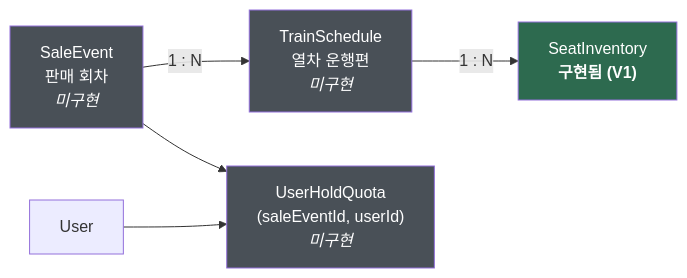
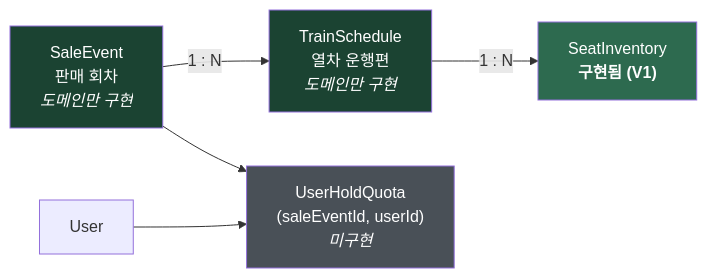
Before and after one commit to whdkfhr/rail-gate: the fourth of 4 diagrams in docs/ARCHITECTURE.md, drawn with Mermaid. The commit also changed other lines of this file and 21 other files, not shown here.

First line of the commit message:
feat(reservation): model sale event and train schedule domain

````diff
--- a/docs/ARCHITECTURE.md
+++ b/docs/ARCHITECTURE.md
@@ -203,12 +205,12 @@
 ```mermaid
 graph LR
-    SE["SaleEvent<br/>판매 회차<br/><i>미구현</i>"] -->|"1 : N"| TS["TrainSchedule<br/>열차 운행편<br/><i>미구현</i>"]
+    SE["SaleEvent<br/>판매 회차<br/><i>도메인만 구현</i>"] -->|"1 : N"| TS["TrainSchedule<br/>열차 운행편<br/><i>도메인만 구현</i>"]
     TS -->|"1 : N"| SI["SeatInventory<br/><b>구현됨 (V1)</b>"]
     SE --> Q["UserHoldQuota<br/>(saleEventId, userId)<br/><i>미구현</i>"]
     U["User"] --> Q
 
     style SI fill:#2d6a4f,color:#fff
-    style SE fill:#495057,color:#fff
-    style TS fill:#495057,color:#fff
+    style SE fill:#1b4332,color:#fff
+    style TS fill:#1b4332,color:#fff
     style Q fill:#495057,color:#fff
 ```
````
